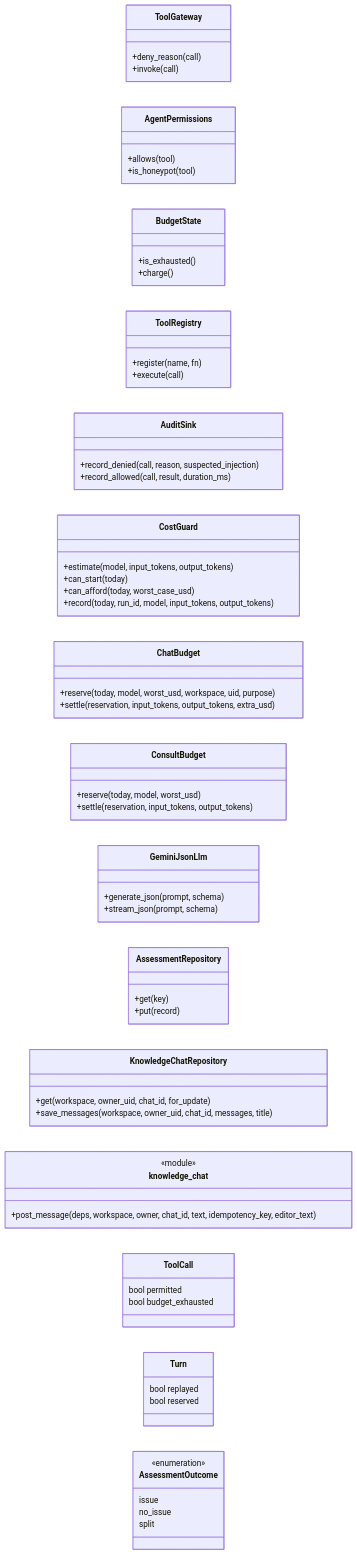
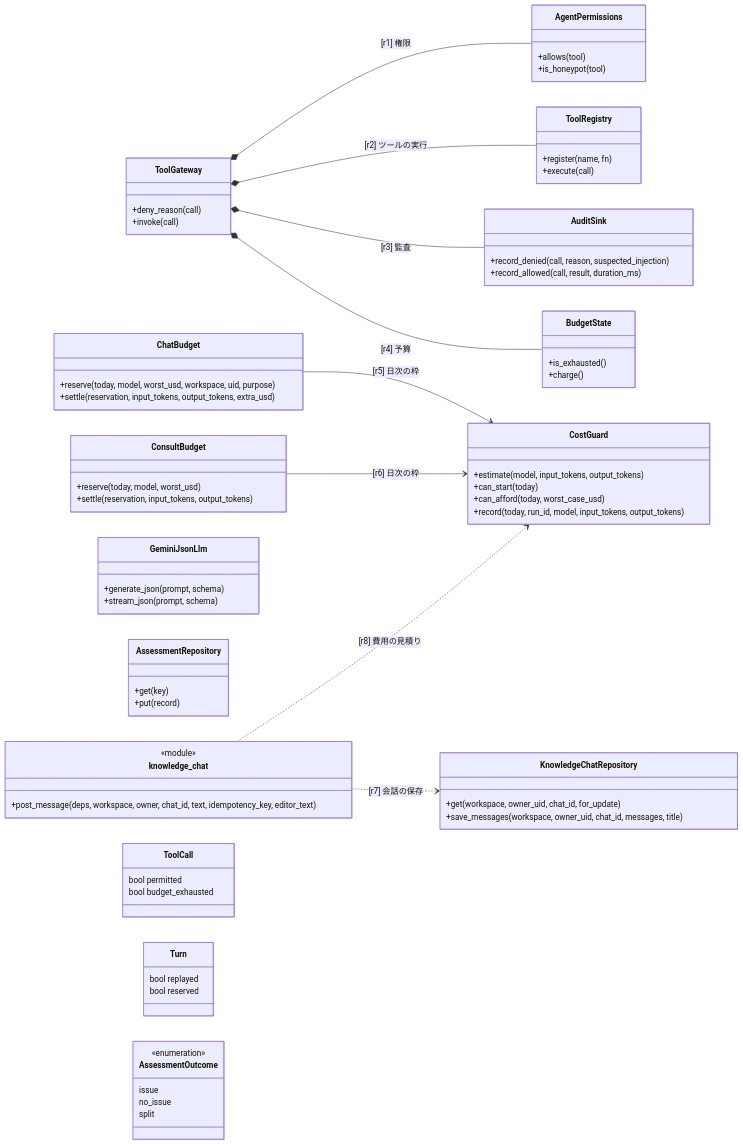
One commit to tanabe-yudai/speclino changed the first of 3 diagrams in .speclino/specs/spec-ai-001.md. Above: the diagram before and after it, drawn with Mermaid. The commit also changed other lines of this file and 8 other files, not shown here.

````diff
--- a/.speclino/specs/spec-ai-001.md
+++ b/.speclino/specs/spec-ai-001.md
@@ -47,69 +48,77 @@
 ```mermaid
 %%@ id: ai-vocab
 classDiagram
     direction LR
     class ToolGateway {
         +deny_reason(call)
         +invoke(call)
     }
     class AgentPermissions {
         +allows(tool)
         +is_honeypot(tool)
     }
     class BudgetState {
         +is_exhausted()
         +charge()
     }
     class ToolRegistry {
         +register(name, fn)
         +execute(call)
     }
     class AuditSink {
         +record_denied(call, reason, suspected_injection)
         +record_allowed(call, result, duration_ms)
     }
     class CostGuard {
         +estimate(model, input_tokens, output_tokens)
         +can_start(today)
         +can_afford(today, worst_case_usd)
         +record(today, run_id, model, input_tokens, output_tokens)
     }
     class ChatBudget {
         +reserve(today, model, worst_usd, workspace, uid, purpose)
         +settle(reservation, input_tokens, output_tokens, extra_usd)
     }
     class ConsultBudget {
         +reserve(today, model, worst_usd)
         +settle(reservation, input_tokens, output_tokens)
     }
     class GeminiJsonLlm {
         +generate_json(prompt, schema)
         +stream_json(prompt, schema)
     }
     class AssessmentRepository {
         +get(key)
         +put(record)
     }
     class KnowledgeChatRepository {
         +get(workspace, owner_uid, chat_id, for_update)
         +save_messages(workspace, owner_uid, chat_id, messages, title)
     }
     class knowledge_chat {
         <<module>>
         +post_message(deps, workspace, owner, chat_id, text, idempotency_key, editor_text)
     }
     class ToolCall {
         bool permitted
         bool budget_exhausted
     }
     class Turn {
         bool replayed
         bool reserved
     }
     class AssessmentOutcome {
         <<enumeration>>
         issue
         no_issue
         split
     }
+    ToolGateway *-- AgentPermissions : [r1] 権限
+    ToolGateway *-- ToolRegistry : [r2] ツールの実行
+    ToolGateway *-- AuditSink : [r3] 監査
+    ToolGateway *-- BudgetState : [r4] 予算
+    ChatBudget --> CostGuard : [r5] 日次の枠
+    ConsultBudget --> CostGuard : [r6] 日次の枠
+    knowledge_chat ..> KnowledgeChatRepository : [r7] 会話の保存
+    knowledge_chat ..> CostGuard : [r8] 費用の見積り
 ```
````
